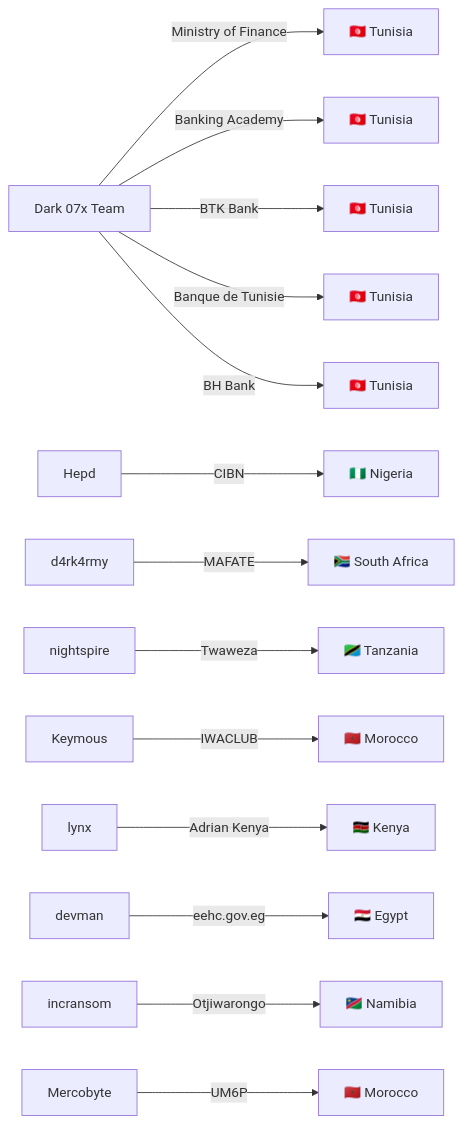
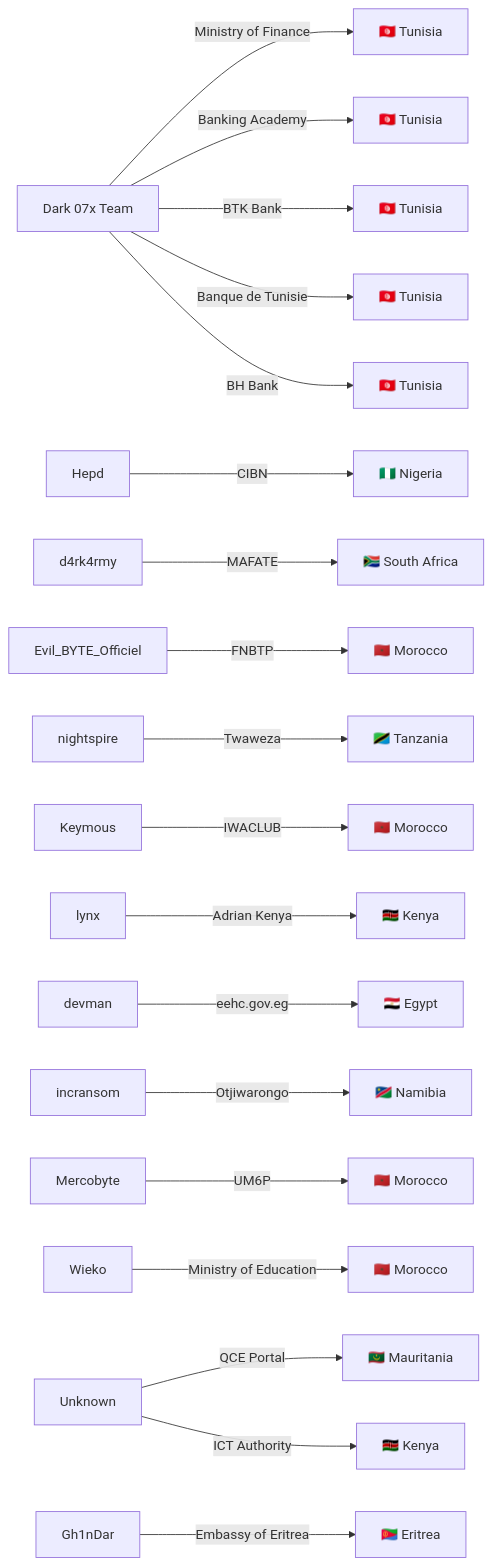
One commit to Hatchepsoute/AFRINTEL changed the fourth of 5 diagrams in CyberAttackAfrica/2025/07-july/README.md. Above: the diagram before and after it, drawn with Mermaid. The commit also changed other lines of this file and 255 other files, not shown here.

````diff
--- a/CyberAttackAfrica/2025/07-july/README.md
+++ b/CyberAttackAfrica/2025/07-july/README.md
@@ -125,16 +164,21 @@
 ```mermaid
 graph LR
     Dark07["Dark 07x Team"] -->|Ministry of Finance| Tunisia1["🇹🇳 Tunisia"]
     Dark07 -->|Banking Academy| Tunisia2["🇹🇳 Tunisia"]
     Dark07 -->|BTK Bank| Tunisia3["🇹🇳 Tunisia"]
     Dark07 -->|Banque de Tunisie| Tunisia4["🇹🇳 Tunisia"]
     Dark07 -->|BH Bank| Tunisia5["🇹🇳 Tunisia"]
     Hepd -->|CIBN| Nigeria["🇳🇬 Nigeria"]
     d4rk4rmy -->|MAFATE| SouthAfrica["🇿🇦 South Africa"]
+    EvilByte["Evil_BYTE_Officiel"] -->|FNBTP| Morocco0["🇲🇦 Morocco"]
     nightspire -->|Twaweza| Tanzania["🇹🇿 Tanzania"]
     Keymous -->|IWACLUB| Morocco1["🇲🇦 Morocco"]
     lynx -->|Adrian Kenya| Kenya["🇰🇪 Kenya"]
     devman -->|eehc.gov.eg| Egypt["🇪🇬 Egypt"]
     incransom -->|Otjiwarongo| Namibia["🇳🇦 Namibia"]
     Mercobyte -->|UM6P| Morocco2["🇲🇦 Morocco"]
+    Wieko -->|Ministry of Education| Morocco3["🇲🇦 Morocco"]
+    Unknown -->|QCE Portal| Mauritania["🇲🇷 Mauritania"]
+    Unknown -->|ICT Authority| Kenya2["🇰🇪 Kenya"]
+    Gh1nDar -->|Embassy of Eritrea| Eritrea["🇪🇷 Eritrea"]
 ```
````
